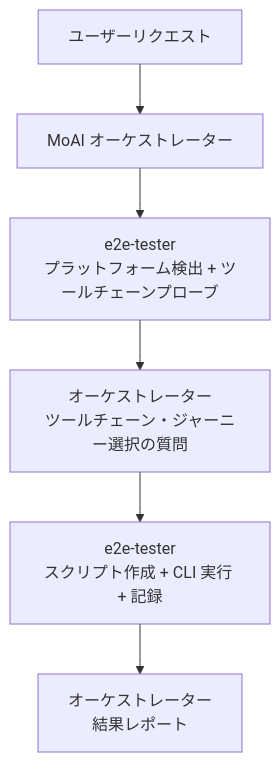
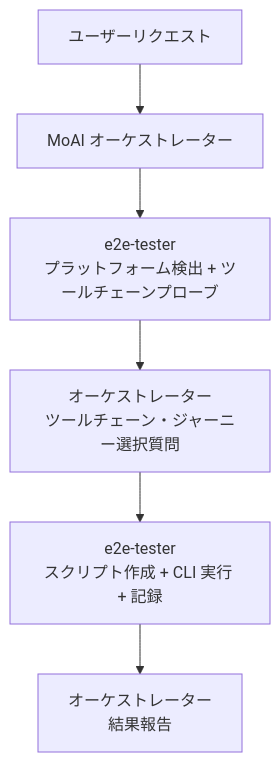
Before and after one commit to modu-ai/moai-adk: the third of 3 diagrams in docs-site/content/ja/utility-commands/moai-e2e.md, drawn with Mermaid. The commit also changed other lines of this file and 180 other files, not shown here.

````diff
--- a/docs-site/content/ja/utility-commands/moai-e2e.md
+++ b/docs-site/content/ja/utility-commands/moai-e2e.md
@@ -176,8 +182,8 @@
 ```mermaid
 flowchart TD
     User["ユーザーリクエスト"] --> Orchestrator["MoAI オーケストレーター"]
     Orchestrator --> Detect["e2e-tester<br/>プラットフォーム検出 + ツールチェーンプローブ"]
-    Detect --> Ask["オーケストレーター<br/>ツールチェーン・ジャーニー選択の質問"]
+    Detect --> Ask["オーケストレーター<br/>ツールチェーン・ジャーニー選択質問"]
     Ask --> Exec["e2e-tester<br/>スクリプト作成 + CLI 実行 + 記録"]
-    Exec --> Report["オーケストレーター<br/>結果レポート"]
+    Exec --> Report["オーケストレーター<br/>結果報告"]
 ```
````
